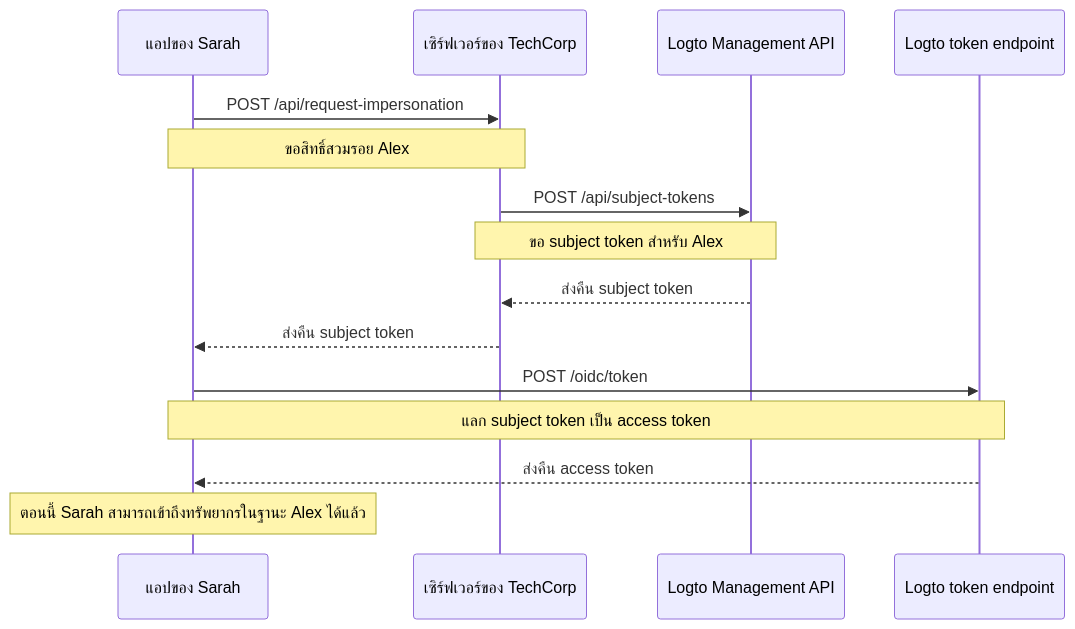
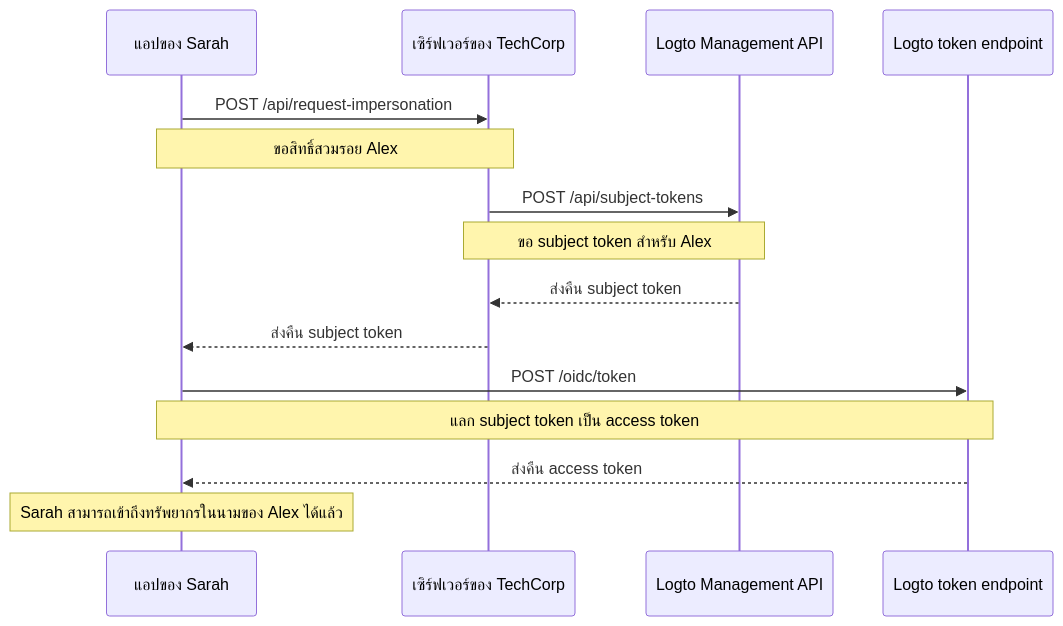
Before and after one commit to logto-io/docs: the diagram in i18n/th/docusaurus-plugin-content-docs/current/developers/user-impersonation.mdx, drawn with Mermaid. The commit also changed other lines of this file and 161 other files, not shown here.

````diff
--- a/i18n/th/docusaurus-plugin-content-docs/current/developers/user-impersonation.mdx
+++ b/i18n/th/docusaurus-plugin-content-docs/current/developers/user-impersonation.mdx
@@ -18,22 +18,22 @@
 ```mermaid
 sequenceDiagram
     participant Sarah as แอปของ Sarah
     participant TechCorp as เซิร์ฟเวอร์ของ TechCorp
     participant Logto as Logto Management API
     participant LogtoToken as Logto token endpoint
 
     Sarah->>TechCorp: POST /api/request-impersonation
     Note over Sarah,TechCorp: ขอสิทธิ์สวมรอย Alex
 
     TechCorp->>Logto: POST /api/subject-tokens
     Note over TechCorp,Logto: ขอ subject token สำหรับ Alex
 
     Logto-->>TechCorp: ส่งคืน subject token
     TechCorp-->>Sarah: ส่งคืน subject token
 
     Sarah->>LogtoToken: POST /oidc/token
     Note over Sarah,LogtoToken: แลก subject token เป็น access token
 
     LogtoToken-->>Sarah: ส่งคืน access token
-    Note over Sarah: ตอนนี้ Sarah สามารถเข้าถึงทรัพยากรในฐานะ Alex ได้แล้ว
+    Note over Sarah: Sarah สามารถเข้าถึงทรัพยากรในนามของ Alex ได้แล้ว
 ```
````
